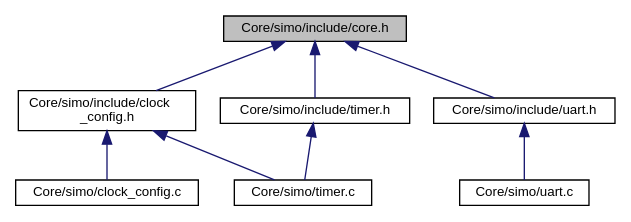
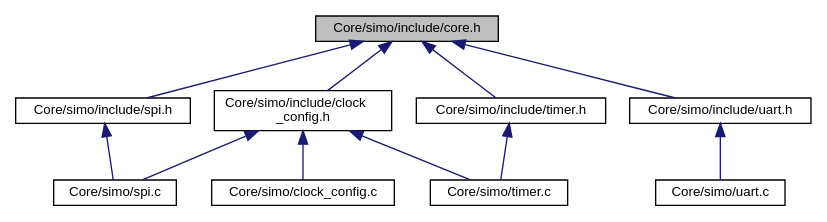
One commit to Germanvelardez2018/SIMO-STM32-framework changed the diagram in docs/core_8h__dep__incl.dot. Above: the diagram before and after it, drawn with Graphviz. The commit also changed 50 other files, not shown here.

```diff
--- a/docs/core_8h__dep__incl.dot
+++ b/docs/core_8h__dep__incl.dot
@@ -1,20 +1,25 @@
 digraph "Core/simo/include/core.h"
 {
  // LATEX_PDF_SIZE
   edge [fontname="Helvetica",fontsize="10",labelfontname="Helvetica",labelfontsize="10"];
   node [fontname="Helvetica",fontsize="10",shape=record];
   Node1 [label="Core/simo/include/core.h",height=0.2,width=0.4,color="black", fillcolor="grey75", style="filled", fontcolor="black",tooltip=" "];
   Node1 -> Node2 [dir="back",color="midnightblue",fontsize="10",style="solid",fontname="Helvetica"];
   Node2 [label="Core/simo/include/clock\l_config.h",height=0.2,width=0.4,color="black", fillcolor="white", style="filled",URL="$clock__config_8h.html",tooltip=" "];
   Node2 -> Node3 [dir="back",color="midnightblue",fontsize="10",style="solid",fontname="Helvetica"];
   Node3 [label="Core/simo/clock_config.c",height=0.2,width=0.4,color="black", fillcolor="white", style="filled",URL="$clock__config_8c.html",tooltip=" "];
   Node2 -> Node4 [dir="back",color="midnightblue",fontsize="10",style="solid",fontname="Helvetica"];
-  Node4 [label="Core/simo/timer.c",height=0.2,width=0.4,color="black", fillcolor="white", style="filled",URL="$timer_8c.html",tooltip=" "];
-  Node1 -> Node5 [dir="back",color="midnightblue",fontsize="10",style="solid",fontname="Helvetica"];
-  Node5 [label="Core/simo/include/timer.h",height=0.2,width=0.4,color="black", fillcolor="white", style="filled",URL="$timer_8h.html",tooltip=" "];
-  Node5 -> Node4 [dir="back",color="midnightblue",fontsize="10",style="solid",fontname="Helvetica"];
+  Node4 [label="Core/simo/spi.c",height=0.2,width=0.4,color="black", fillcolor="white", style="filled",URL="$spi_8c.html",tooltip="Driver para abstraer el hardware SPI."];
+  Node2 -> Node5 [dir="back",color="midnightblue",fontsize="10",style="solid",fontname="Helvetica"];
+  Node5 [label="Core/simo/timer.c",height=0.2,width=0.4,color="black", fillcolor="white", style="filled",URL="$timer_8c.html",tooltip=" "];
   Node1 -> Node6 [dir="back",color="midnightblue",fontsize="10",style="solid",fontname="Helvetica"];
-  Node6 [label="Core/simo/include/uart.h",height=0.2,width=0.4,color="black", fillcolor="white", style="filled",URL="$uart_8h.html",tooltip=" "];
-  Node6 -> Node7 [dir="back",color="midnightblue",fontsize="10",style="solid",fontname="Helvetica"];
-  Node7 [label="Core/simo/uart.c",height=0.2,width=0.4,color="black", fillcolor="white", style="filled",URL="$uart_8c.html",tooltip=" "];
+  Node6 [label="Core/simo/include/spi.h",height=0.2,width=0.4,color="black", fillcolor="white", style="filled",URL="$spi_8h.html",tooltip="Driver para abstraer hardware SPI."];
+  Node6 -> Node4 [dir="back",color="midnightblue",fontsize="10",style="solid",fontname="Helvetica"];
+  Node1 -> Node7 [dir="back",color="midnightblue",fontsize="10",style="solid",fontname="Helvetica"];
+  Node7 [label="Core/simo/include/timer.h",height=0.2,width=0.4,color="black", fillcolor="white", style="filled",URL="$timer_8h.html",tooltip=" "];
+  Node7 -> Node5 [dir="back",color="midnightblue",fontsize="10",style="solid",fontname="Helvetica"];
+  Node1 -> Node8 [dir="back",color="midnightblue",fontsize="10",style="solid",fontname="Helvetica"];
+  Node8 [label="Core/simo/include/uart.h",height=0.2,width=0.4,color="black", fillcolor="white", style="filled",URL="$uart_8h.html",tooltip=" "];
+  Node8 -> Node9 [dir="back",color="midnightblue",fontsize="10",style="solid",fontname="Helvetica"];
+  Node9 [label="Core/simo/uart.c",height=0.2,width=0.4,color="black", fillcolor="white", style="filled",URL="$uart_8c.html",tooltip=" "];
 }
```
